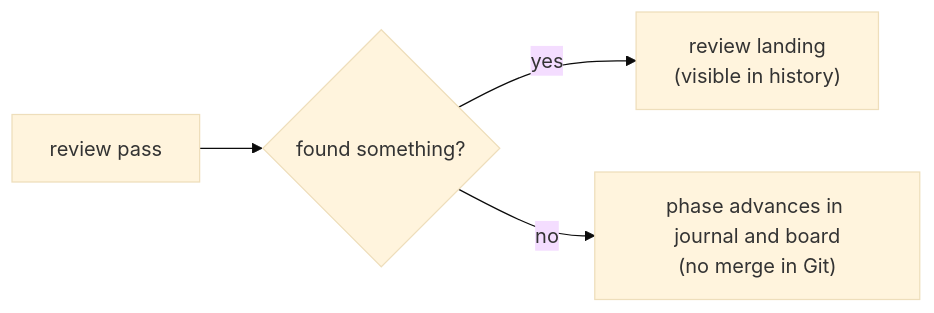
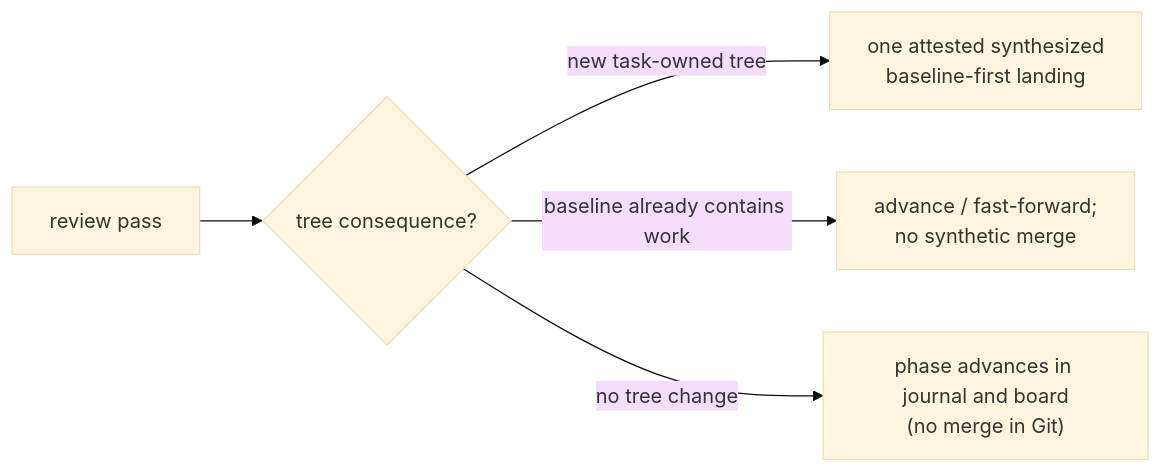
One commit to infimalabs/spice-rust changed the seventh of 25 diagrams in docs/product/value.md. Above: the diagram before and after it, drawn with Mermaid (base theme). The commit also changed other lines of this file and 120 other files, not shown here.

````diff
--- a/docs/product/value.md
+++ b/docs/product/value.md
@@ -155,6 +160,7 @@
 ```mermaid
 flowchart LR
-  R["review pass"] --> C{"found something?"}
-  C -- yes --> M["review landing<br/>(visible in history)"]
-  C -- no --> A["phase advances in journal and board<br/>(no merge in Git)"]
+  R["review pass"] --> C{"tree consequence?"}
+  C -- "new task-owned tree" --> M["one attested synthesized<br/>baseline-first landing"]
+  C -- "baseline already contains work" --> F["advance / fast-forward;<br/>no synthetic merge"]
+  C -- "no tree change" --> A["phase advances in journal and board<br/>(no merge in Git)"]
 ```
````
